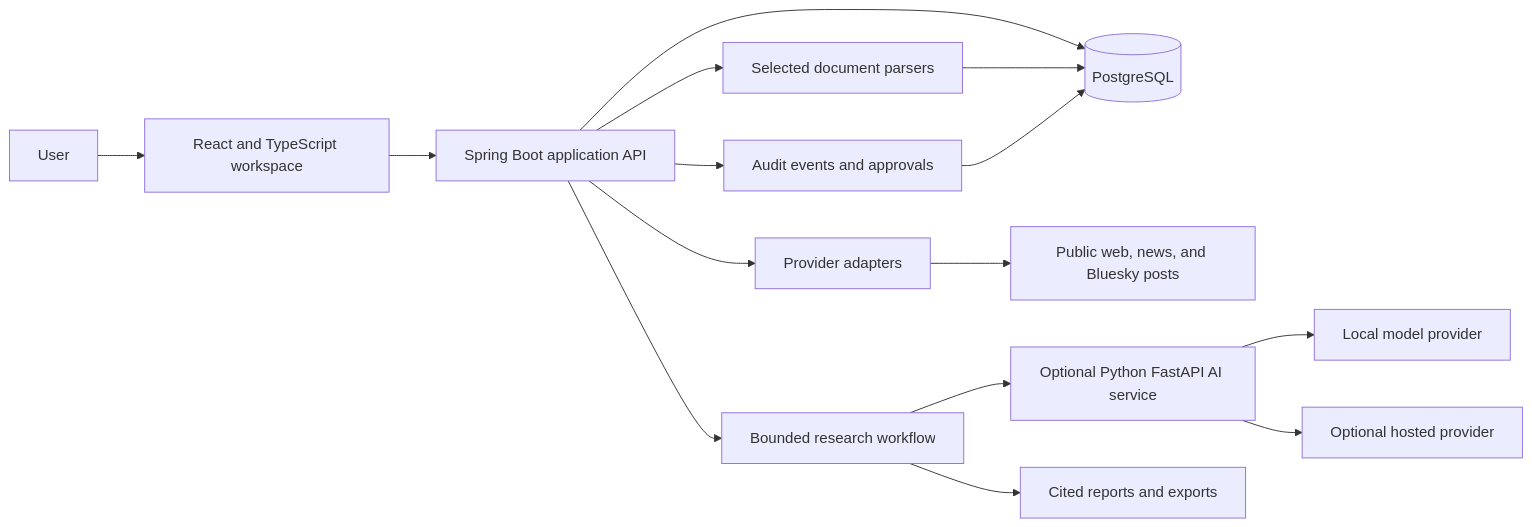
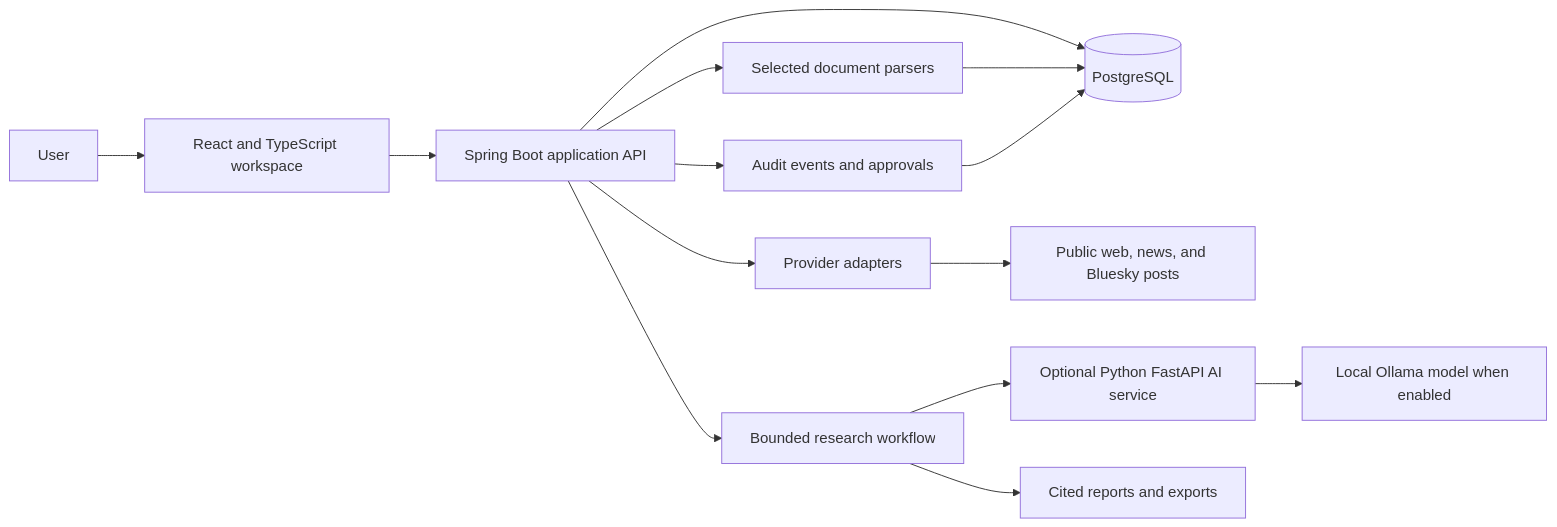
Before and after one commit to kavinash0310/aura-ai: the first of 7 diagrams in docs/02-architecture/SYSTEM-ARCHITECTURE.md, drawn with Mermaid. The commit also changed other lines of this file and 29 other files, not shown here.

```diff
--- a/docs/02-architecture/SYSTEM-ARCHITECTURE.md
+++ b/docs/02-architecture/SYSTEM-ARCHITECTURE.md
@@ -11,17 +11,16 @@
 ~~~mermaid
 flowchart LR
   User --> Web[React and TypeScript workspace]
   Web --> Api[Spring Boot application API]
   Api --> Pg[(PostgreSQL)]
   Api --> Search[Provider adapters]
   Search --> Public[Public web, news, and Bluesky posts]
   Api --> Docs[Selected document parsers]
   Docs --> Pg
   Api --> Workflow[Bounded research workflow]
   Workflow --> Py[Optional Python FastAPI AI service]
-  Py --> Local[Local model provider]
-  Py --> Hosted[Optional hosted provider]
+  Py --> Local[Local Ollama model when enabled]
   Workflow --> Reports[Cited reports and exports]
   Api --> Audit[Audit events and approvals]
   Audit --> Pg
 ~~~
```
